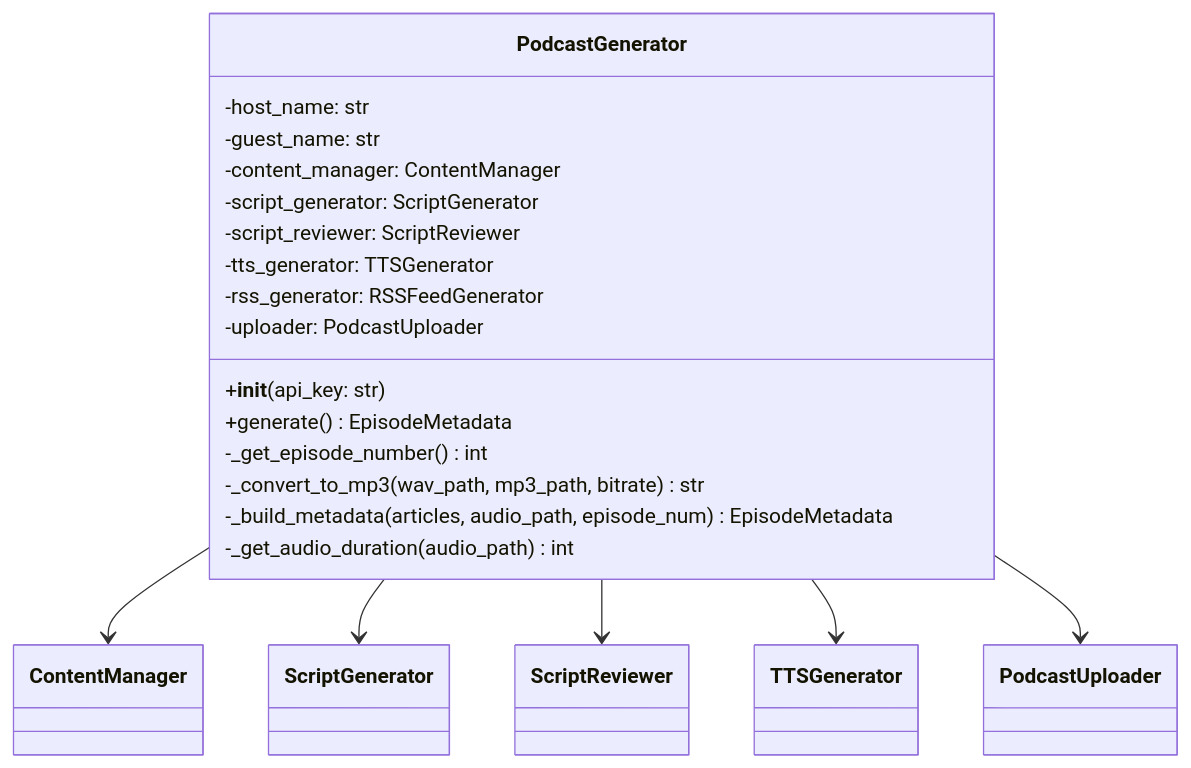
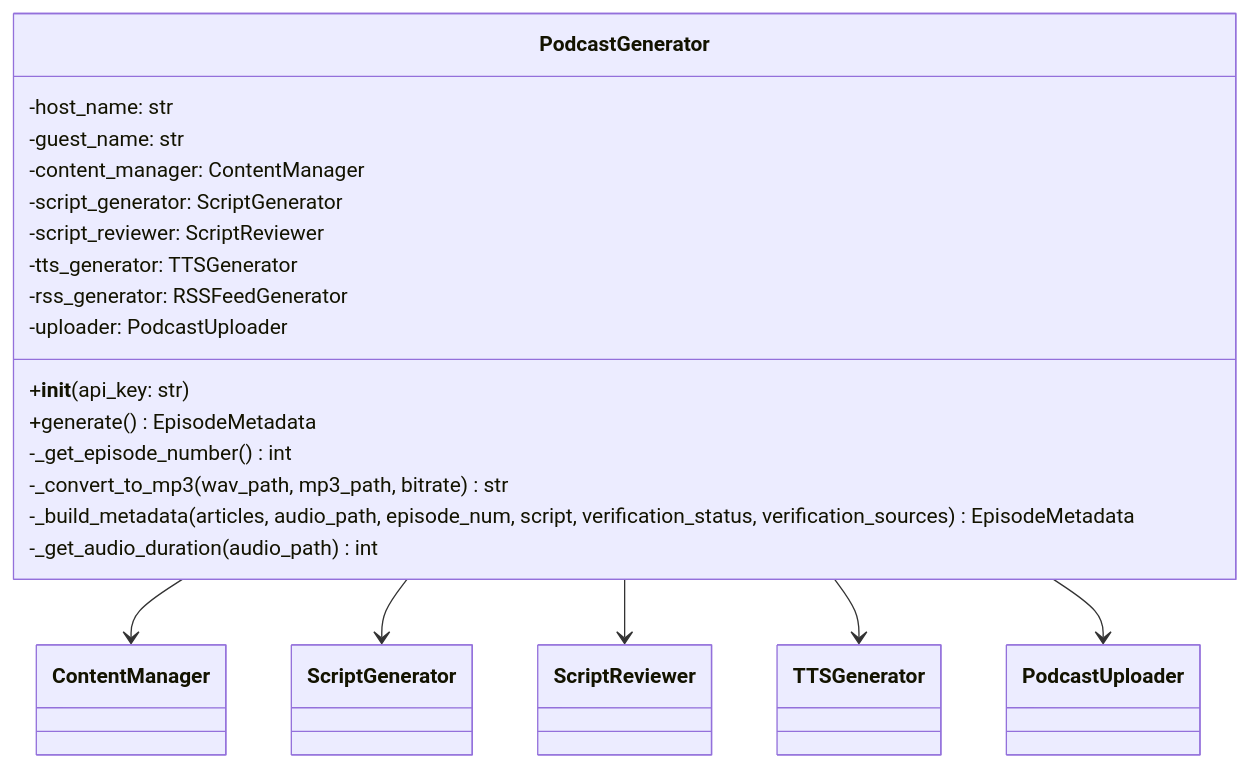
One commit to necoha/auto-podcast changed the seventh of 8 diagrams in docs/LLD.md. Above: the diagram before and after it, drawn with Mermaid. The commit also changed other lines of this file and 16 other files, not shown here.

First line of the commit message:
Add source-grounded script verification

````diff
--- a/docs/LLD.md
+++ b/docs/LLD.md
@@ -467,25 +479,25 @@
 ```mermaid
 classDiagram
     class PodcastGenerator {
         -host_name: str
         -guest_name: str
         -content_manager: ContentManager
         -script_generator: ScriptGenerator
         -script_reviewer: ScriptReviewer
         -tts_generator: TTSGenerator
         -rss_generator: RSSFeedGenerator
         -uploader: PodcastUploader
         +__init__(api_key: str)
         +generate() EpisodeMetadata
         -_get_episode_number() int
         -_convert_to_mp3(wav_path, mp3_path, bitrate) str
-        -_build_metadata(articles, audio_path, episode_num) EpisodeMetadata
+        -_build_metadata(articles, audio_path, episode_num, script, verification_status, verification_sources) EpisodeMetadata
         -_get_audio_duration(audio_path) int
     }
 
     PodcastGenerator --> ContentManager
     PodcastGenerator --> ScriptGenerator
     PodcastGenerator --> ScriptReviewer
     PodcastGenerator --> TTSGenerator
     PodcastGenerator --> PodcastUploader
 ```
````
